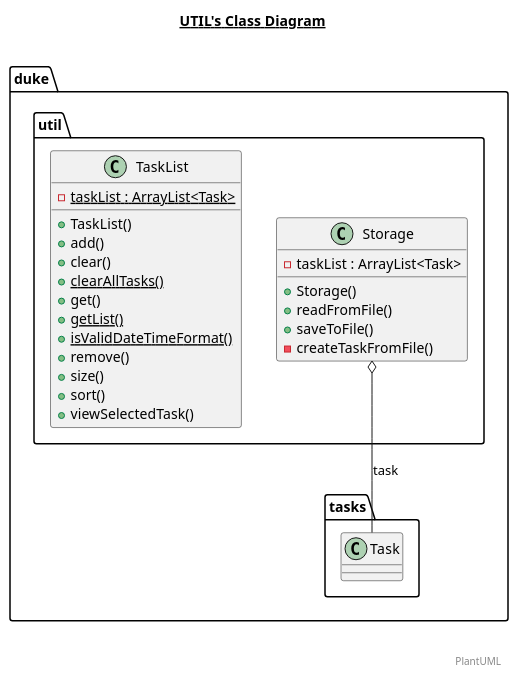
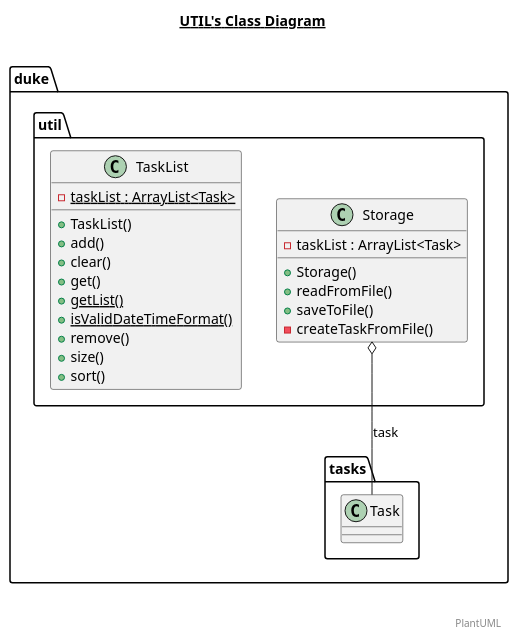
Before and after one commit to nus-tic4001-AY2021S1/ip: the diagram in docs/diagrams/util.plantuml, drawn with PlantUML. The commit also changed 16 other files, not shown here.

```diff
--- a/docs/diagrams/util.plantuml
+++ b/docs/diagrams/util.plantuml
@@ -1,47 +1,45 @@
 @startuml
 
 title __UTIL's Class Diagram__\n
 
   namespace duke {
     namespace util {
       class duke.util.Storage {
           - taskList : ArrayList<Task>
           + Storage()
           + readFromFile()
           + saveToFile()
           - createTaskFromFile()
       }
     }
   }
   
 
   namespace duke {
     namespace util {
       class duke.util.TaskList {
           {static} - taskList : ArrayList<Task>
           + TaskList()
           + add()
           + clear()
-          {static} + clearAllTasks()
           + get()
           {static} + getList()
           {static} + isValidDateTimeFormat()
           + remove()
           + size()
           + sort()
-          + viewSelectedTask()
       }
     }
   }
   
 
   duke.util.Storage o-- duke.tasks.Task : task
 
 
 right footer
 
 
 PlantUML
 endfooter
 
 @enduml
```
